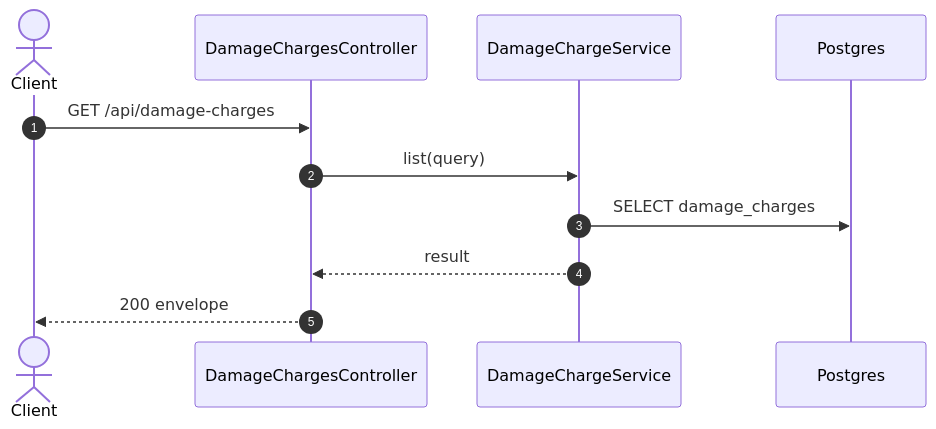
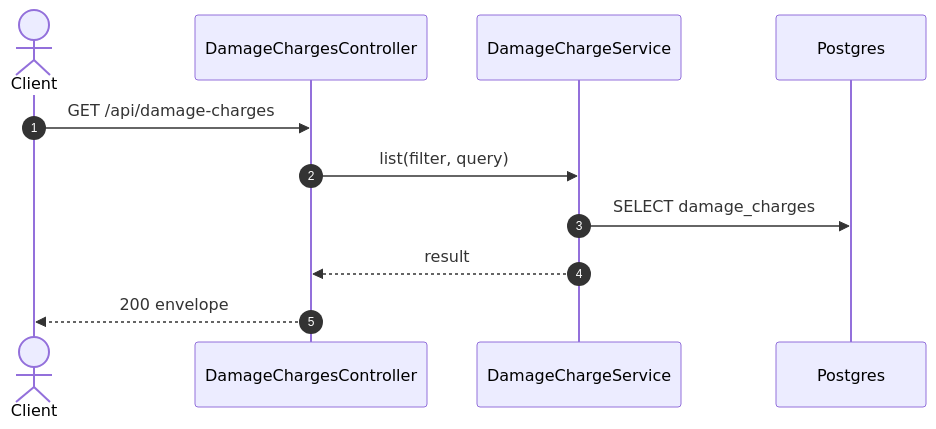
The second of 2 diagrams in specs/billing/api-design/16-get-damage-charges.md (TrekLink-Team/treklink-web), drawn with Mermaid before and after one commit. The commit also changed other lines of this file and 34 other files, not shown here.

````diff
--- a/specs/billing/api-design/16-get-damage-charges.md
+++ b/specs/billing/api-design/16-get-damage-charges.md
@@ -150,13 +156,13 @@
 ```mermaid
 sequenceDiagram
     autonumber
     actor C as Client
     participant Ctl as DamageChargesController
     participant Svc as DamageChargeService
     participant DB as Postgres
     C->>Ctl: GET /api/damage-charges
-    Ctl->>Svc: list(query)
+    Ctl->>Svc: list(filter, query)
     Svc->>DB: SELECT damage_charges
     Svc-->>Ctl: result
     Ctl-->>C: 200 envelope
 ```
````
